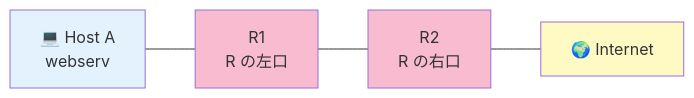
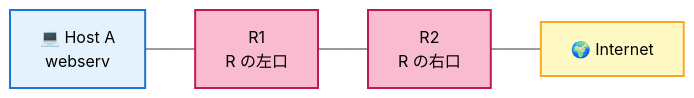
The first of 3 diagrams in docs/02-levels/level6.md (Tsunanko/netpractice-guide), drawn with Mermaid before and after one commit. The commit also changed other lines of this file and 1 other file, not shown here.

````diff
--- a/docs/02-levels/level6.md
+++ b/docs/02-levels/level6.md
@@ -30,11 +42,14 @@
 ```mermaid
 flowchart LR
     A[💻 Host A<br>webserv] --- R1[R1<br>R の左口]
     R1 --- R2[R2<br>R の右口]
     R2 --- I[🌍 Internet]
 
-    style A fill:#E3F2FD
-    style R1 fill:#F8BBD0
-    style R2 fill:#F8BBD0
-    style I fill:#FFF9C4
+    classDef host fill:#E3F2FD,stroke:#1976D2,color:#000,stroke-width:2px
+    classDef router fill:#F8BBD0,stroke:#C2185B,color:#000,stroke-width:2px
+    classDef internet fill:#FFF9C4,stroke:#F9A825,color:#000,stroke-width:2px
+
+    class A host
+    class R1,R2 router
+    class I internet
 ```
````
